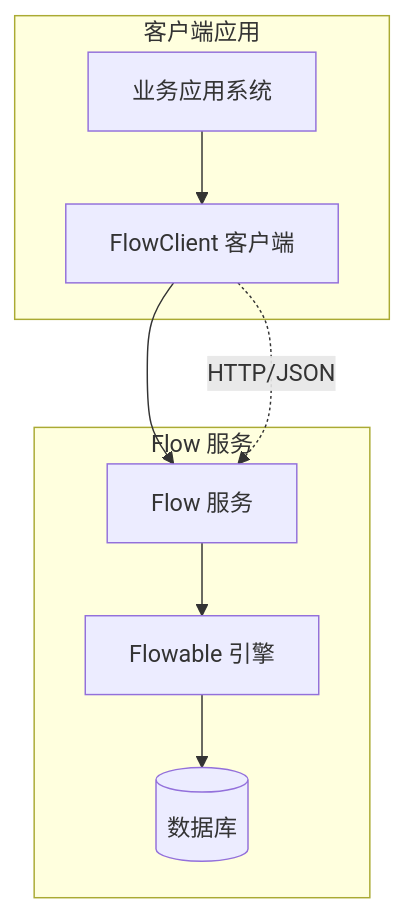
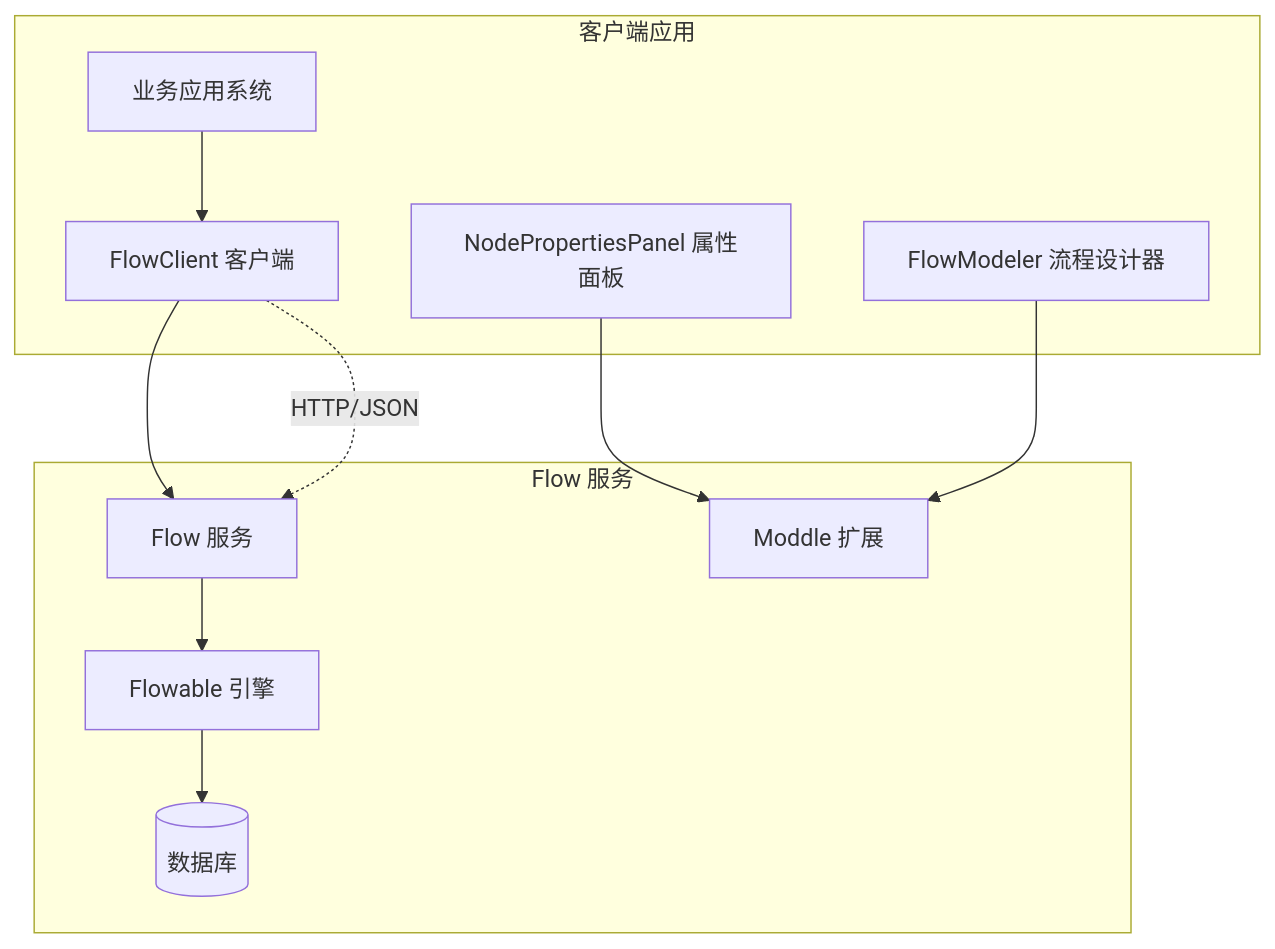
One commit to yaomindong1996/forge-admin changed the third of 20 diagrams in .qoder/repowiki/zh/content/Flow 设计模块.md. Above: the diagram before and after it, drawn with Mermaid. The commit also changed other lines of this file and 76 other files, not shown here.

````diff
--- a/.qoder/repowiki/zh/content/Flow 设计模块.md
+++ b/.qoder/repowiki/zh/content/Flow 设计模块.md
@@ -258,17 +271,22 @@
 ```mermaid
 graph TB
 subgraph "客户端应用"
 App[业务应用系统]
 Client[FlowClient 客户端]
+NodePropertiesPanel[NodePropertiesPanel 属性面板]
+FlowModeler[FlowModeler 流程设计器]
 end
 subgraph "Flow 服务"
 Service[Flow 服务]
 Engine[Flowable 引擎]
+Moddle[Moddle 扩展]
 Storage[(数据库)]
 end
 App --> Client
 Client --> Service
+NodePropertiesPanel --> Moddle
+FlowModeler --> Moddle
 Service --> Engine
 Engine --> Storage
 Client -.->|HTTP/JSON| Service
 ```
````
